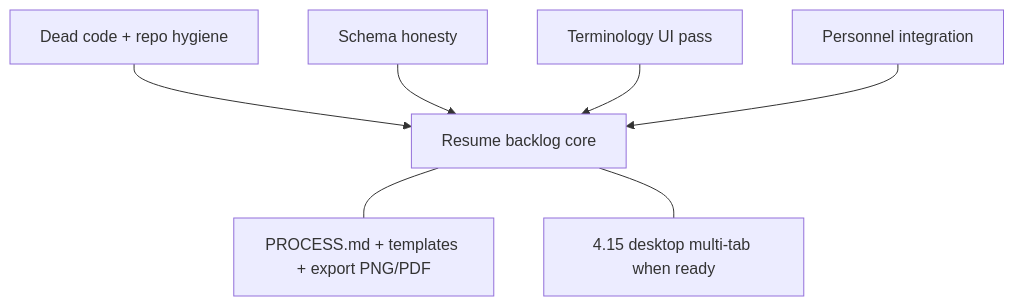
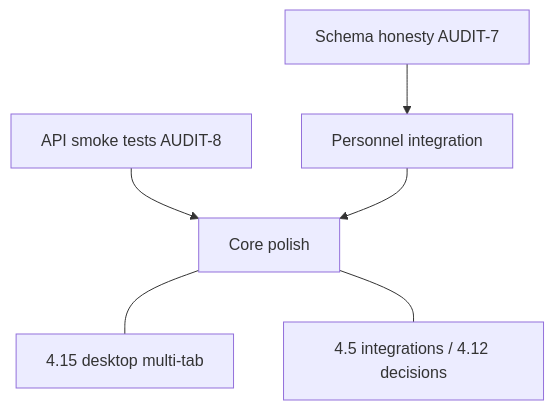
Before and after one commit to karmsheel/hermes-forge: the second of 2 diagrams in docs/references/audit.md, drawn with Mermaid. The commit also changed other lines of this file and 73 other files, not shown here.

First line of the commit message:
feat: export, personnel edit, workshop roster wiring; release 0.2.7

````diff
--- a/docs/references/audit.md
+++ b/docs/references/audit.md
@@ -186,10 +186,8 @@
 ```mermaid
 flowchart TD
-  P4["Dead code + repo hygiene"] --> P5["Resume backlog core"]
-  P7["Schema honesty"] --> P5
-  P9["Terminology UI pass"] --> P5
-  P10["Personnel integration"] --> P5
-
-  P5 --- P5a["PROCESS.md + templates + export PNG/PDF"]
-  P5 --- P5b["4.15 desktop multi-tab when ready"]
+  P7["Schema honesty AUDIT-7"] --> P10["Personnel integration"]
+  P8["API smoke tests AUDIT-8"] --> Core["Core polish"]
+  P10 --> Core
+  Core --- C1["4.15 desktop multi-tab"]
+  Core --- C2["4.5 integrations / 4.12 decisions"]
 ```
````
